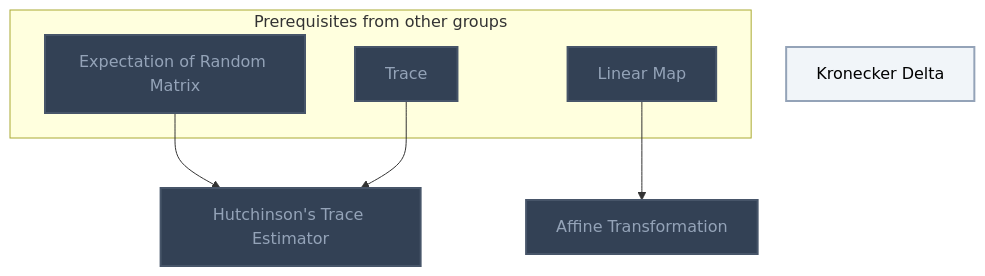
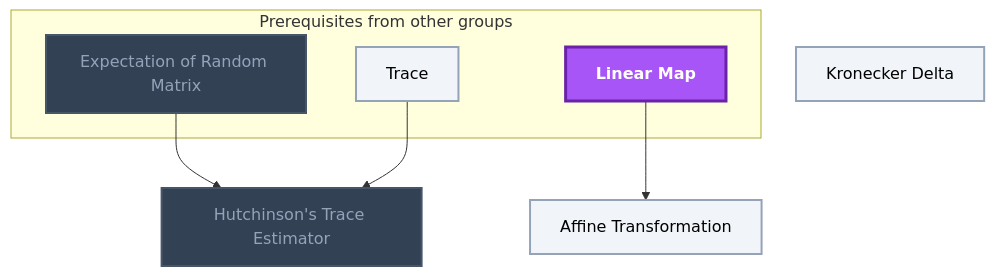
One commit to MRauf1/My-Notes changed the seventh of 7 diagrams in Gamification/Skill Trees/Linear Algebra.md. Above: the diagram before and after it, drawn with Mermaid. The commit also changed other lines of this file and 57 other files, not shown here.

````diff
--- a/Gamification/Skill Trees/Linear Algebra.md
+++ b/Gamification/Skill Trees/Linear Algebra.md
@@ -1058,26 +1063,27 @@
 ```mermaid
 flowchart TD
     classDef planned fill:#1E293B,stroke:#64748B,stroke-width:2px,stroke-dasharray:5 5,color:#94A3B8;
     classDef locked fill:#334155,stroke:#475569,stroke-width:2px,color:#94A3B8;
     classDef L0 fill:#F1F5F9,stroke:#94A3B8,stroke-width:2px,color:#000000;
     classDef L1 fill:#22C55E,stroke:#15803D,stroke-width:2px,color:#000000;
     classDef L2 fill:#3B82F6,stroke:#1D4ED8,stroke-width:3px,color:#FFFFFF;
     classDef L3 fill:#A855F7,stroke:#6B21A8,stroke-width:3px,color:#FFFFFF,font-weight:bold;
     classDef L4 fill:#F97316,stroke:#C2410C,stroke-width:4px,color:#000000,font-weight:bold;
     classDef L5 fill:#FFD700,stroke:#FF8C00,stroke-width:5px,color:#000000,font-weight:bold;
     classDef rusty stroke:#8B4513,stroke-width:4px,stroke-dasharray:3 3;
     subgraph sg_prereqs["Prerequisites from other groups"]
         n_expectation_of_random_matrix["Expectation of Random Matrix"]
         n_trace["Trace"]
         n_linear_map["Linear Map"]
     end
     n_hutchinson_s_trace_estimator["Hutchinson's Trace Estimator"]
     n_affine_transformation["Affine Transformation"]
     n_kronecker_delta["Kronecker Delta"]
     n_expectation_of_random_matrix --> n_hutchinson_s_trace_estimator
     n_trace --> n_hutchinson_s_trace_estimator
     n_linear_map --> n_affine_transformation
-    class n_expectation_of_random_matrix,n_trace,n_linear_map,n_hutchinson_s_trace_estimator,n_affine_transformation locked;
-    class n_kronecker_delta L0;
+    class n_expectation_of_random_matrix,n_hutchinson_s_trace_estimator locked;
+    class n_trace,n_affine_transformation,n_kronecker_delta L0;
+    class n_linear_map L3;
     class n_expectation_of_random_matrix,n_trace,n_linear_map,n_hutchinson_s_trace_estimator,n_affine_transformation,n_kronecker_delta internal-link;
 ```
````
